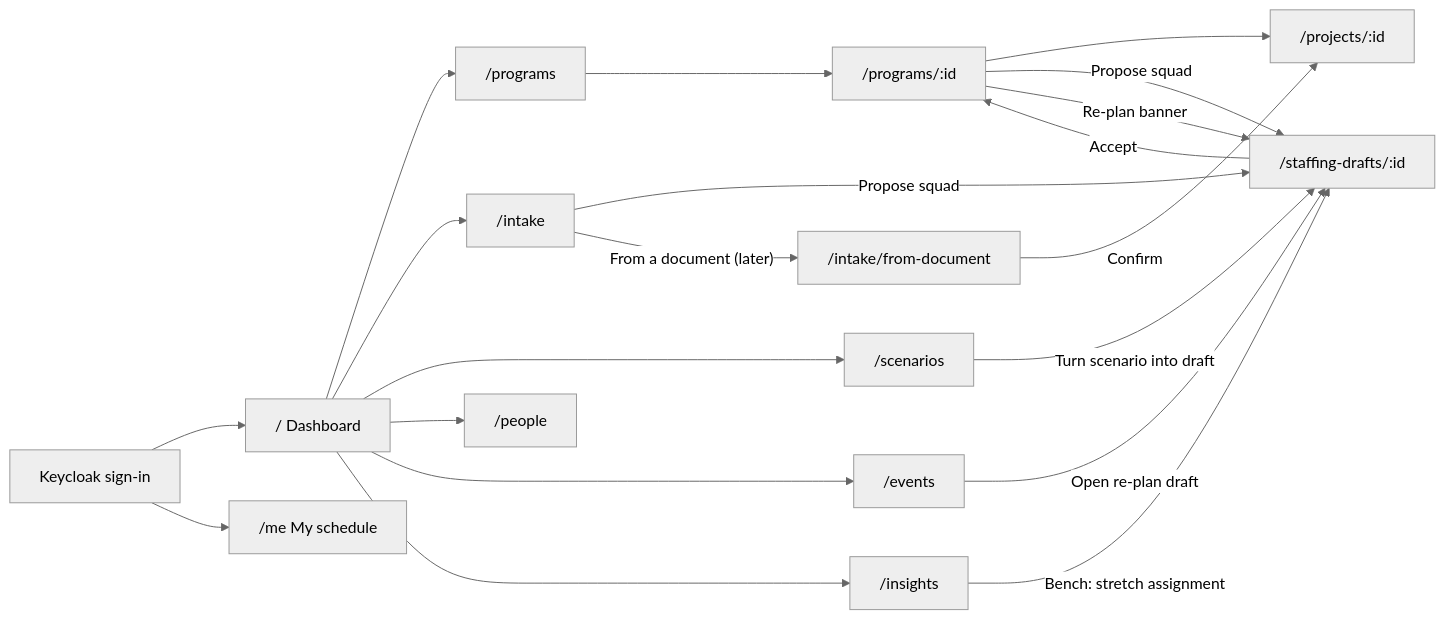
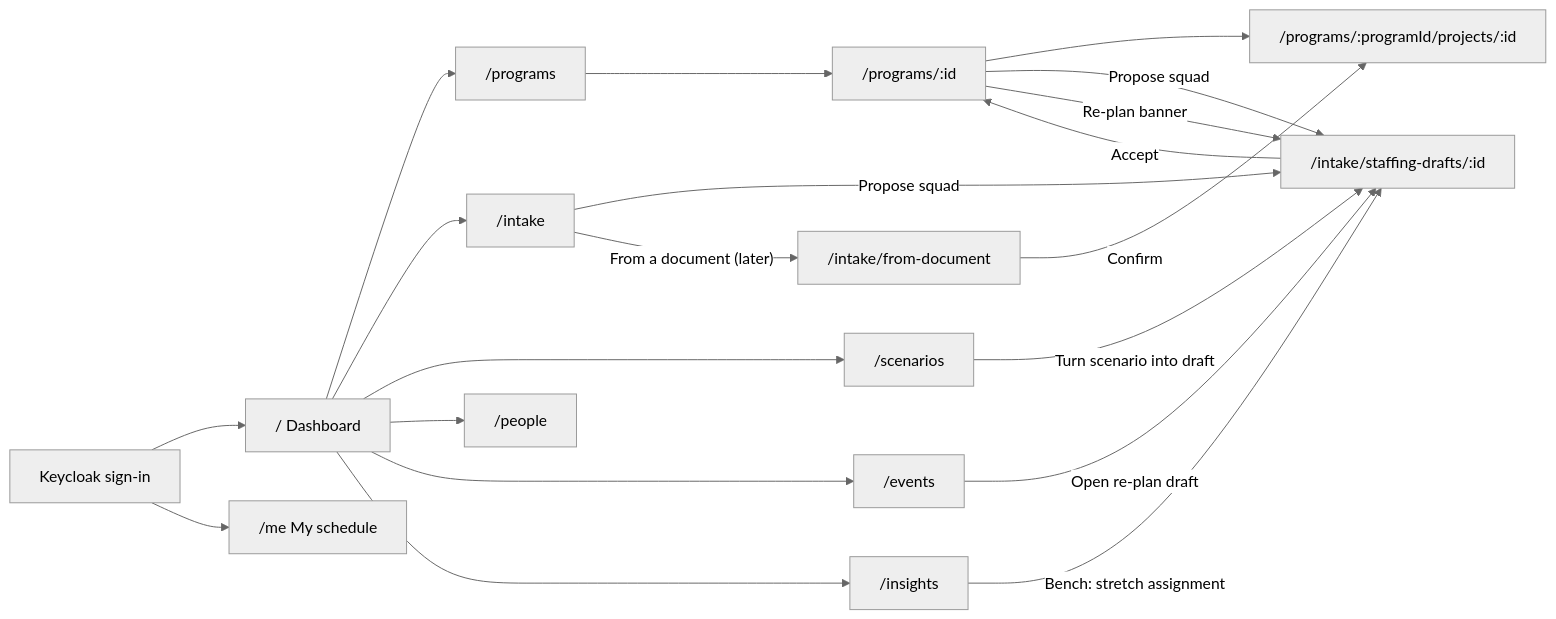
One commit to dophnamm/the-slot-finder changed the first of 2 diagrams in client/README.md. Above: the diagram before and after it, drawn with Mermaid (neutral theme). The commit also changed other lines of this file, not shown here.

Commit message:
docs: client routes for nested project and draft pages, breadcrumbs

````diff
--- a/client/README.md
+++ b/client/README.md
@@ -40,22 +40,22 @@
 ```mermaid
 flowchart LR
   signin["Keycloak sign-in"] --> dash["/ Dashboard"]
   signin --> me["/me My schedule"]
   dash --> programs["/programs"]
   programs --> program["/programs/:id"]
-  program --> project["/projects/:id"]
-  program -->|"Propose squad"| draft["/staffing-drafts/:id"]
+  program --> project["/programs/:programId/projects/:id"]
+  program -->|"Propose squad"| draft["/intake/staffing-drafts/:id"]
   program -->|"Re-plan banner"| draft
   dash --> intake["/intake"]
   dash --> scenarios["/scenarios"]
   dash --> people["/people"]
   dash --> events["/events"]
   dash --> insights["/insights"]
   insights -->|"Bench: stretch assignment"| draft
   intake -->|"Propose squad"| draft
   intake -->|"From a document (later)"| extract["/intake/from-document"]
   extract -->|"Confirm"| project
   events -->|"Open re-plan draft"| draft
   scenarios -->|"Turn scenario into draft"| draft
   draft -->|"Accept"| program
 ```
````
